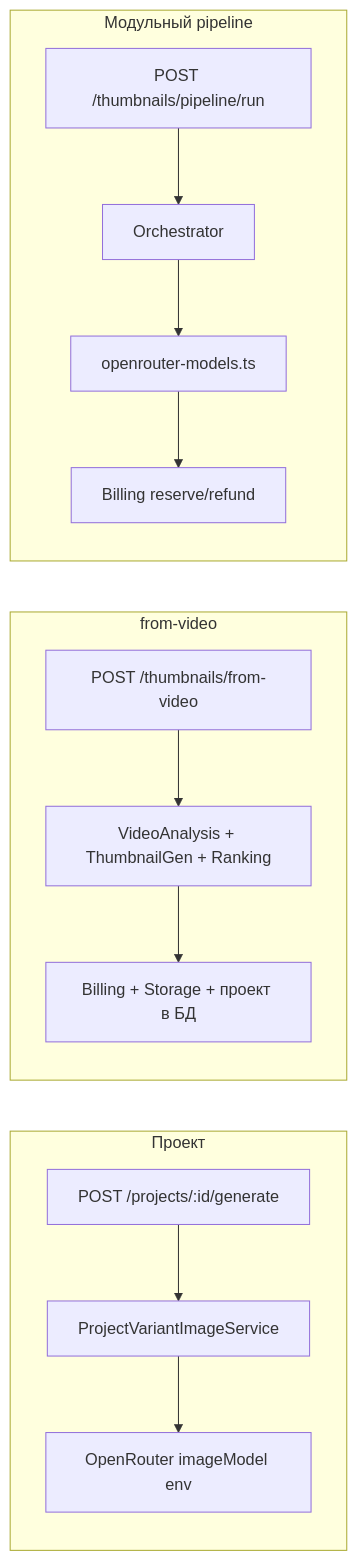
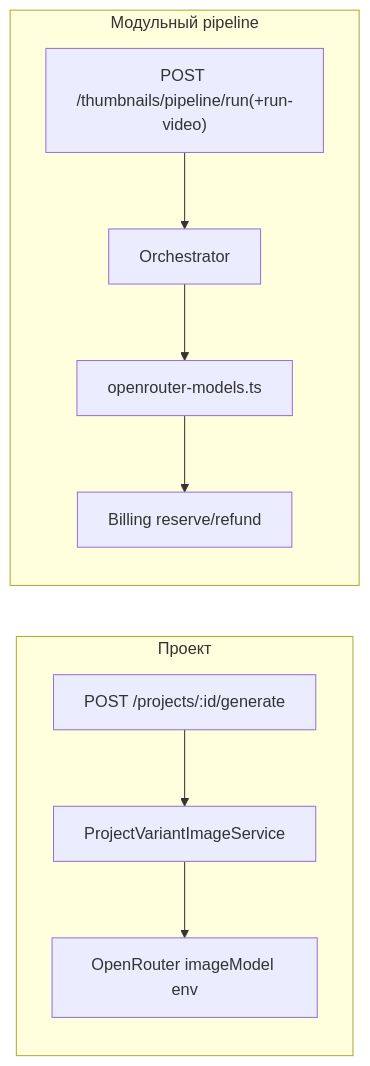
The diagram in apps/backend/README.md (IlyaSenkevich19/viralthumbnails), drawn with Mermaid before and after one commit. The commit also changed other lines of this file and 26 other files, not shown here.

First line of the commit message:
refactor: remove legacy from-video flow and finalize pipeline-first video path

````diff
--- a/apps/backend/README.md
+++ b/apps/backend/README.md
@@ -41,16 +41,12 @@
 ```mermaid
 flowchart LR
   subgraph proj["Проект"]
     A["POST /projects/:id/generate"] --> B["ProjectVariantImageService"]
     B --> C["OpenRouter imageModel env"]
   end
-  subgraph fv["from-video"]
-    D["POST /thumbnails/from-video"] --> E["VideoAnalysis + ThumbnailGen + Ranking"]
-    E --> F["Billing + Storage + проект в БД"]
-  end
   subgraph pipe["Модульный pipeline"]
-    G["POST /thumbnails/pipeline/run"] --> H["Orchestrator"]
+    G["POST /thumbnails/pipeline/run(+run-video)"] --> H["Orchestrator"]
     H --> I["openrouter-models.ts"]
     I --> J["Billing reserve/refund"]
   end
 ```
````
